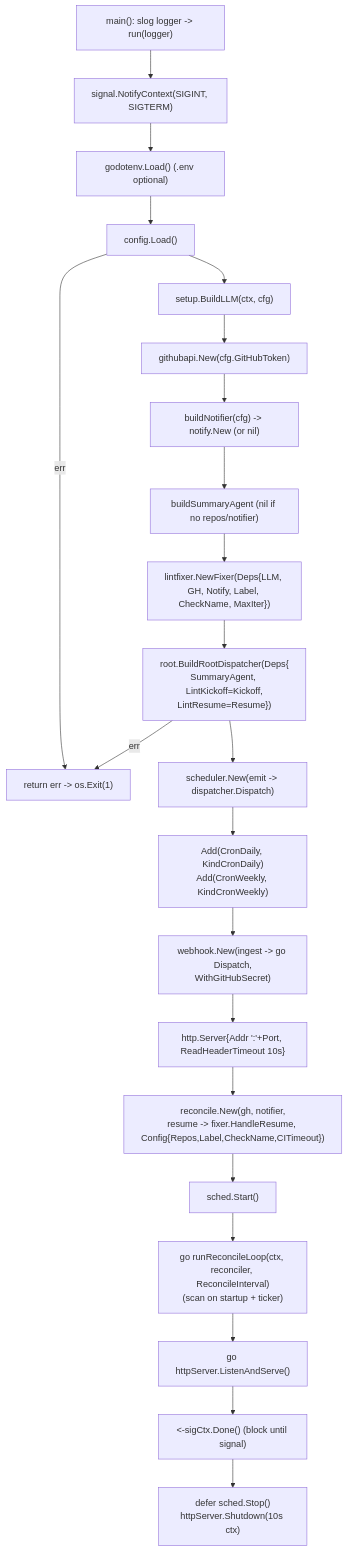
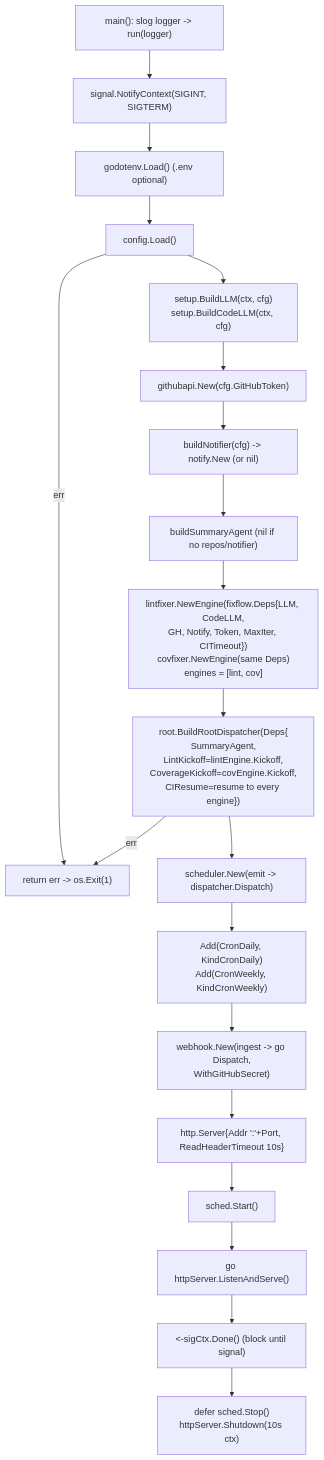
Before and after one commit to jkjamies/automation-agent: the diagram in cmd/agent/AGENTS.md, drawn with Mermaid. The commit also changed other lines of this file and 13 other files, not shown here.

````diff
--- a/cmd/agent/AGENTS.md
+++ b/cmd/agent/AGENTS.md
@@ -7,26 +7,24 @@
 ```mermaid
 flowchart TD
     Main["main(): slog logger -> run(logger)"] --> Sig["signal.NotifyContext(SIGINT, SIGTERM)"]
     Sig --> Env["godotenv.Load() (.env optional)"]
     Env --> Cfg["config.Load()"]
     Cfg -->|err| Fatal["return err -> os.Exit(1)"]
-    Cfg --> LLM["setup.BuildLLM(ctx, cfg)"]
+    Cfg --> LLM["setup.BuildLLM(ctx, cfg)<br/>setup.BuildCodeLLM(ctx, cfg)"]
     LLM --> GH["githubapi.New(cfg.GitHubToken)"]
     GH --> Notif["buildNotifier(cfg) -> notify.New (or nil)"]
     Notif --> SumA["buildSummaryAgent (nil if no repos/notifier)"]
-    SumA --> Fixer["lintfixer.NewFixer(Deps{LLM, GH, Notify, Label, CheckName, MaxIter})"]
-    Fixer --> Disp["root.BuildRootDispatcher(Deps{<br/>SummaryAgent, LintKickoff=Kickoff,<br/>LintResume=Resume})"]
+    SumA --> Eng["lintfixer.NewEngine(fixflow.Deps{LLM, CodeLLM,<br/>GH, Notify, Token, MaxIter, CITimeout})<br/>covfixer.NewEngine(same Deps)<br/>engines = [lint, cov]"]
+    Eng --> Disp["root.BuildRootDispatcher(Deps{<br/>SummaryAgent,<br/>LintKickoff=lintEngine.Kickoff,<br/>CoverageKickoff=covEngine.Kickoff,<br/>CIResume=resume to every engine})"]
     Disp -->|err| Fatal
 
     Disp --> Sched["scheduler.New(emit -> dispatcher.Dispatch)"]
     Sched --> AddCron["Add(CronDaily, KindCronDaily)<br/>Add(CronWeekly, KindCronWeekly)"]
     AddCron --> Web["webhook.New(ingest -> go Dispatch,<br/>WithGitHubSecret)"]
     Web --> HTTP["http.Server{Addr ':'+Port, ReadHeaderTimeout 10s}"]
-    HTTP --> Rec["reconcile.New(gh, notifier,<br/>resume -> fixer.HandleResume, Config{Repos,Label,CheckName,CITimeout})"]
 
-    Rec --> Start["sched.Start()"]
-    Start --> RecLoop["go runReconcileLoop(ctx, reconciler, ReconcileInterval)<br/>(scan on startup + ticker)"]
-    RecLoop --> Listen["go httpServer.ListenAndServe()"]
+    HTTP --> Start["sched.Start()"]
+    Start --> Listen["go httpServer.ListenAndServe()"]
     Listen --> Block["<-sigCtx.Done() (block until signal)"]
     Block --> Shutdown["defer sched.Stop()<br/>httpServer.Shutdown(10s ctx)"]
 ```
````
